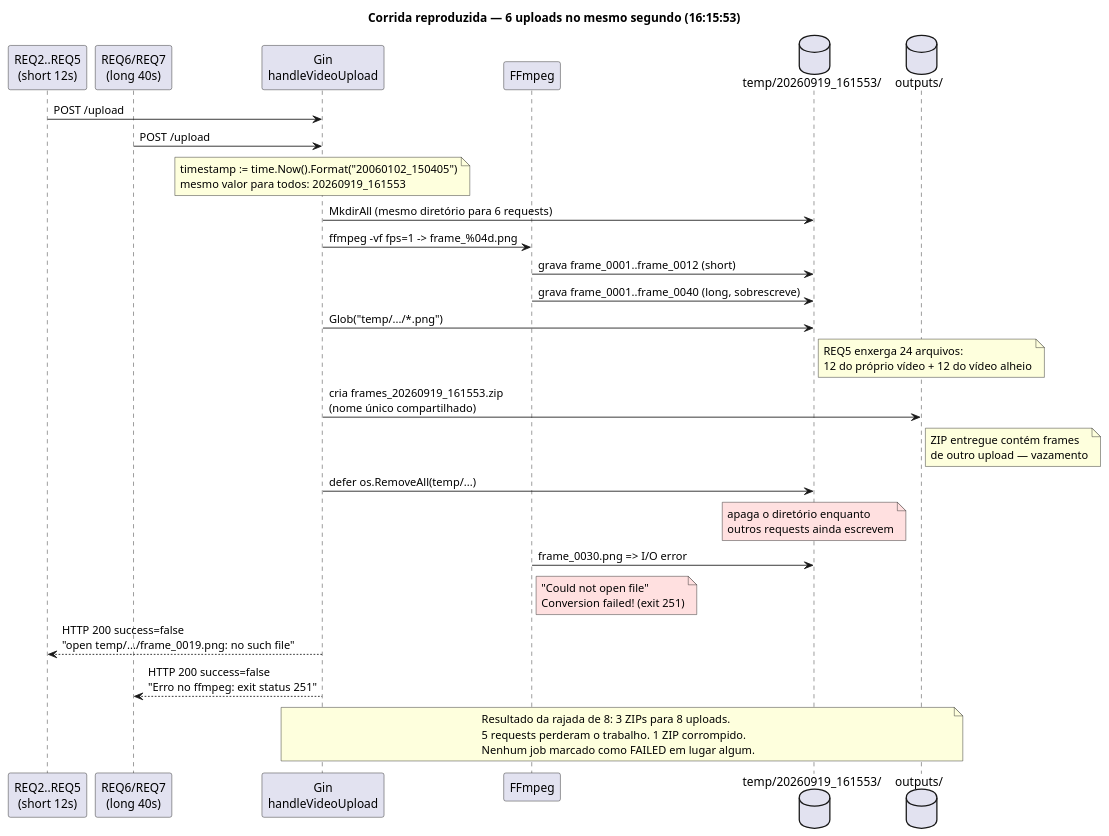
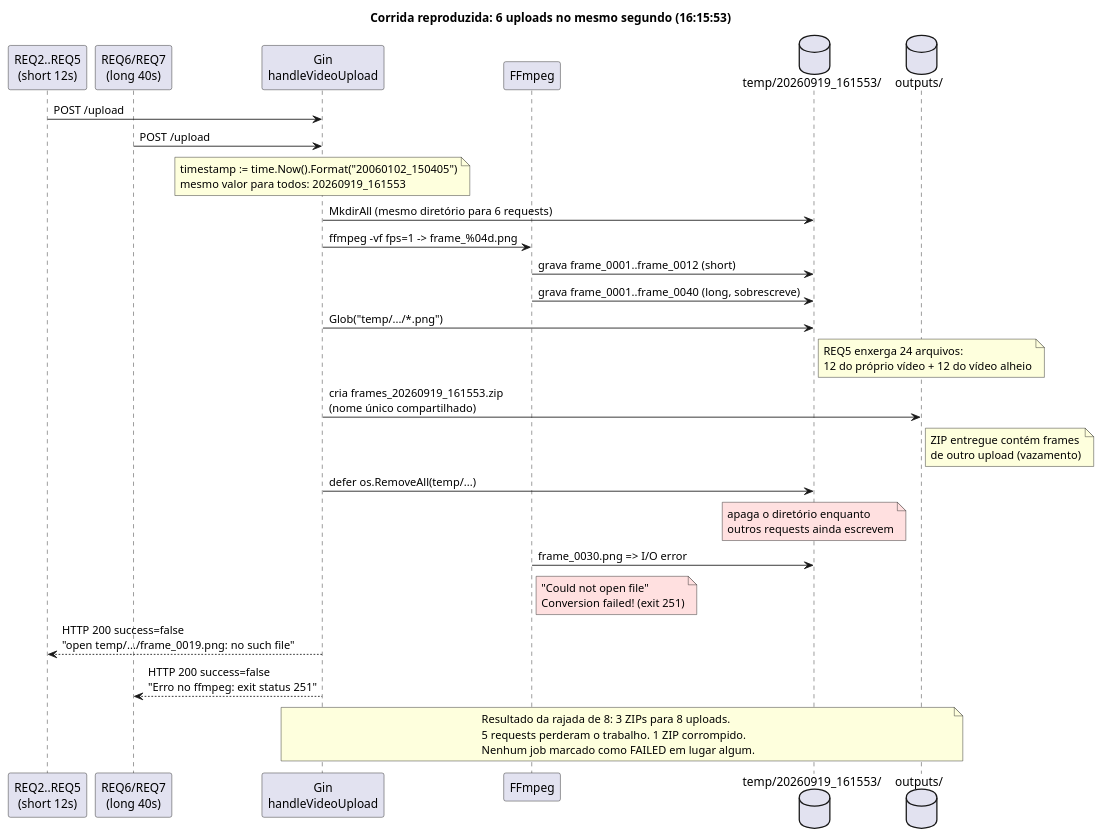
One commit to oliverthies/fiapx-hackathon changed the diagram in docs/diagrams/sequence-race-baseline.puml. Above: the diagram before and after it, drawn with PlantUML. The commit also changed 64 other files, not shown here.

```diff
--- a/docs/diagrams/sequence-race-baseline.puml
+++ b/docs/diagrams/sequence-race-baseline.puml
@@ -1,44 +1,44 @@
 @startuml sequence-race-baseline
-title Corrida reproduzida — 6 uploads no mesmo segundo (16:15:53)
+title Corrida reproduzida: 6 uploads no mesmo segundo (16:15:53)
 
 skinparam defaultFontName Segoe UI
 skinparam shadowing false
 
 participant "REQ2..REQ5\n(short 12s)" as A
 participant "REQ6/REQ7\n(long 40s)" as B
 participant "Gin\nhandleVideoUpload" as G
 participant "FFmpeg" as F
 database "temp/20260919_161553/" as T
 database "outputs/" as O
 
 A -> G : POST /upload
 B -> G : POST /upload
 note over G : timestamp := time.Now().Format("20060102_150405")\nmesmo valor para todos: 20260919_161553
 
 G -> T : MkdirAll (mesmo diretório para 6 requests)
 G -> F : ffmpeg -vf fps=1 -> frame_%04d.png
 F -> T : grava frame_0001..frame_0012 (short)
 F -> T : grava frame_0001..frame_0040 (long, sobrescreve)
 
 G -> T : Glob("temp/.../*.png")
 note right of T : REQ5 enxerga 24 arquivos:\n12 do próprio vídeo + 12 do vídeo alheio
 
 G -> O : cria frames_20260919_161553.zip\n(nome único compartilhado)
-note right of O : ZIP entregue contém frames\nde outro upload — vazamento
+note right of O : ZIP entregue contém frames\nde outro upload (vazamento)
 
 G -> T : defer os.RemoveAll(temp/...)
 note over T #FFE0E0 : apaga o diretório enquanto\noutros requests ainda escrevem
 
 F -> T : frame_0030.png => I/O error
 note right of F #FFE0E0 : "Could not open file"\nConversion failed! (exit 251)
 
 G --> A : HTTP 200 success=false\n"open temp/.../frame_0019.png: no such file"
 G --> B : HTTP 200 success=false\n"Erro no ffmpeg: exit status 251"
 
 note over G, O
   Resultado da rajada de 8: 3 ZIPs para 8 uploads.
   5 requests perderam o trabalho. 1 ZIP corrompido.
   Nenhum job marcado como FAILED em lugar algum.
 end note
 
 @enduml
```
